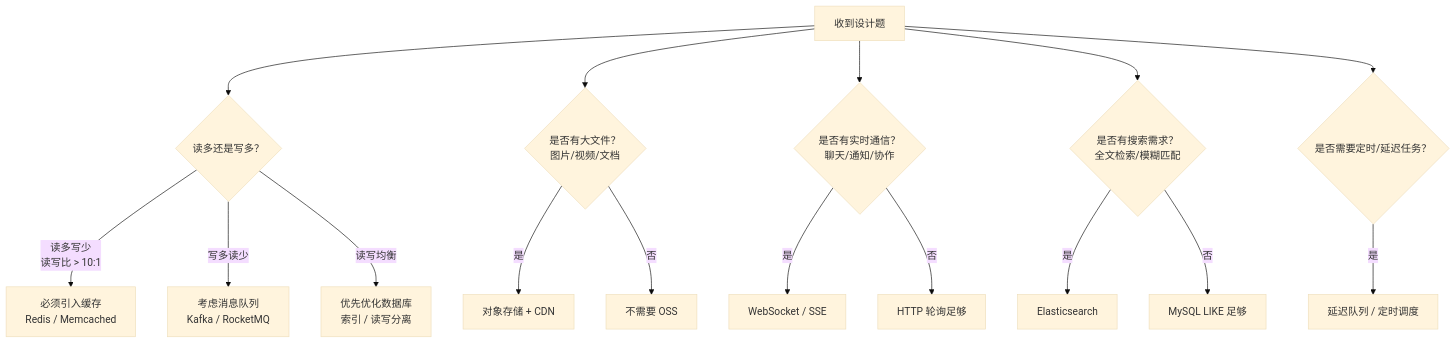
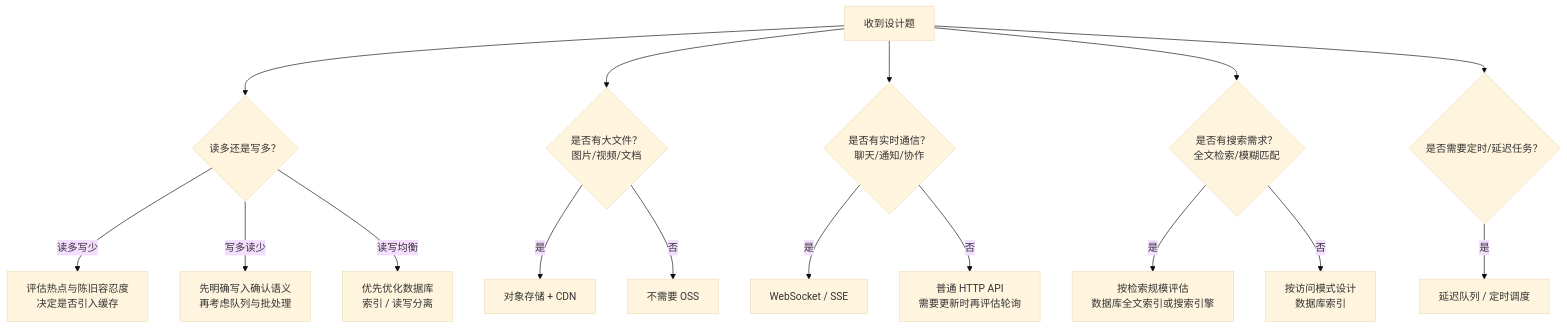
The second of 7 diagrams in docs/system-design/system-design-methodology.md (liukun2634/dev-interview-guide), drawn with Mermaid (base theme) before and after one commit. The commit also changed other lines of this file and 6 other files, not shown here.

````diff
--- a/docs/system-design/system-design-methodology.md
+++ b/docs/system-design/system-design-methodology.md
@@ -148,22 +188,22 @@
 ```mermaid
 flowchart TD
     A[收到设计题] --> B{读多还是写多？}
-    B -->|读多写少<br/>读写比 > 10:1| C[必须引入缓存<br/>Redis / Memcached]
-    B -->|写多读少| D[考虑消息队列<br/>Kafka / RocketMQ]
+    B -->|读多写少| C[评估热点与陈旧容忍度<br/>决定是否引入缓存]
+    B -->|写多读少| D[先明确写入确认语义<br/>再考虑队列与批处理]
     B -->|读写均衡| E[优先优化数据库<br/>索引 / 读写分离]
     
     A --> F{是否有大文件？<br/>图片/视频/文档}
     F -->|是| G[对象存储 + CDN]
     F -->|否| H[不需要 OSS]
     
     A --> I{是否有实时通信？<br/>聊天/通知/协作}
     I -->|是| J[WebSocket / SSE]
-    I -->|否| K[HTTP 轮询足够]
+    I -->|否| K[普通 HTTP API<br/>需要更新时再评估轮询]
     
     A --> L{是否有搜索需求？<br/>全文检索/模糊匹配}
-    L -->|是| M[Elasticsearch]
-    L -->|否| N[MySQL LIKE 足够]
+    L -->|是| M[按检索规模评估<br/>数据库全文索引或搜索引擎]
+    L -->|否| N[按访问模式设计<br/>数据库索引]
     
     A --> O{是否需要定时/延迟任务？}
     O -->|是| P[延迟队列 / 定时调度]
 ```
````
